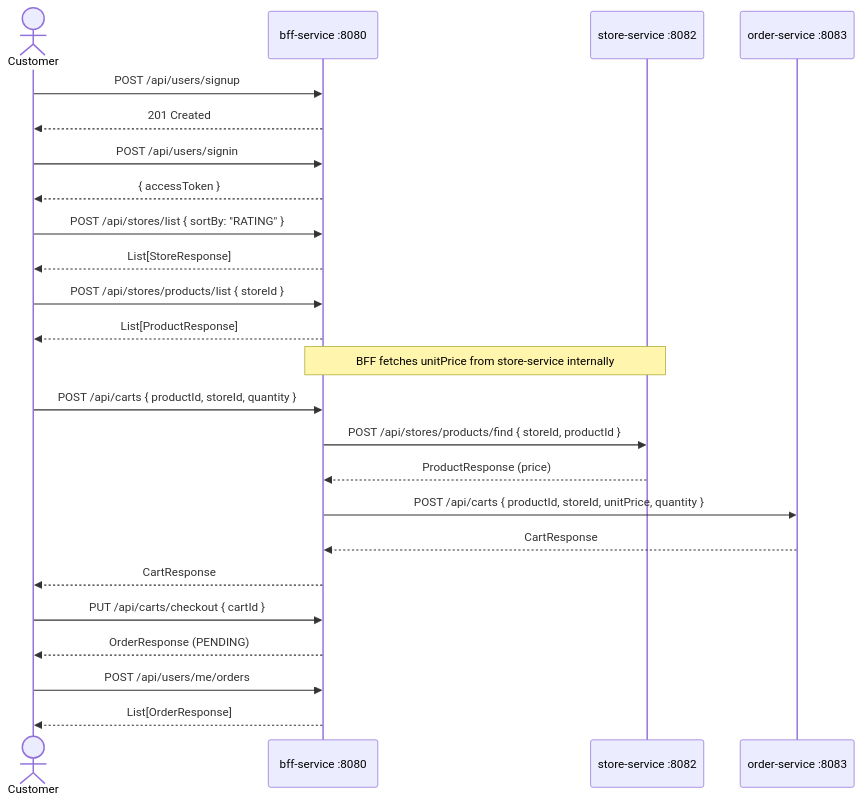
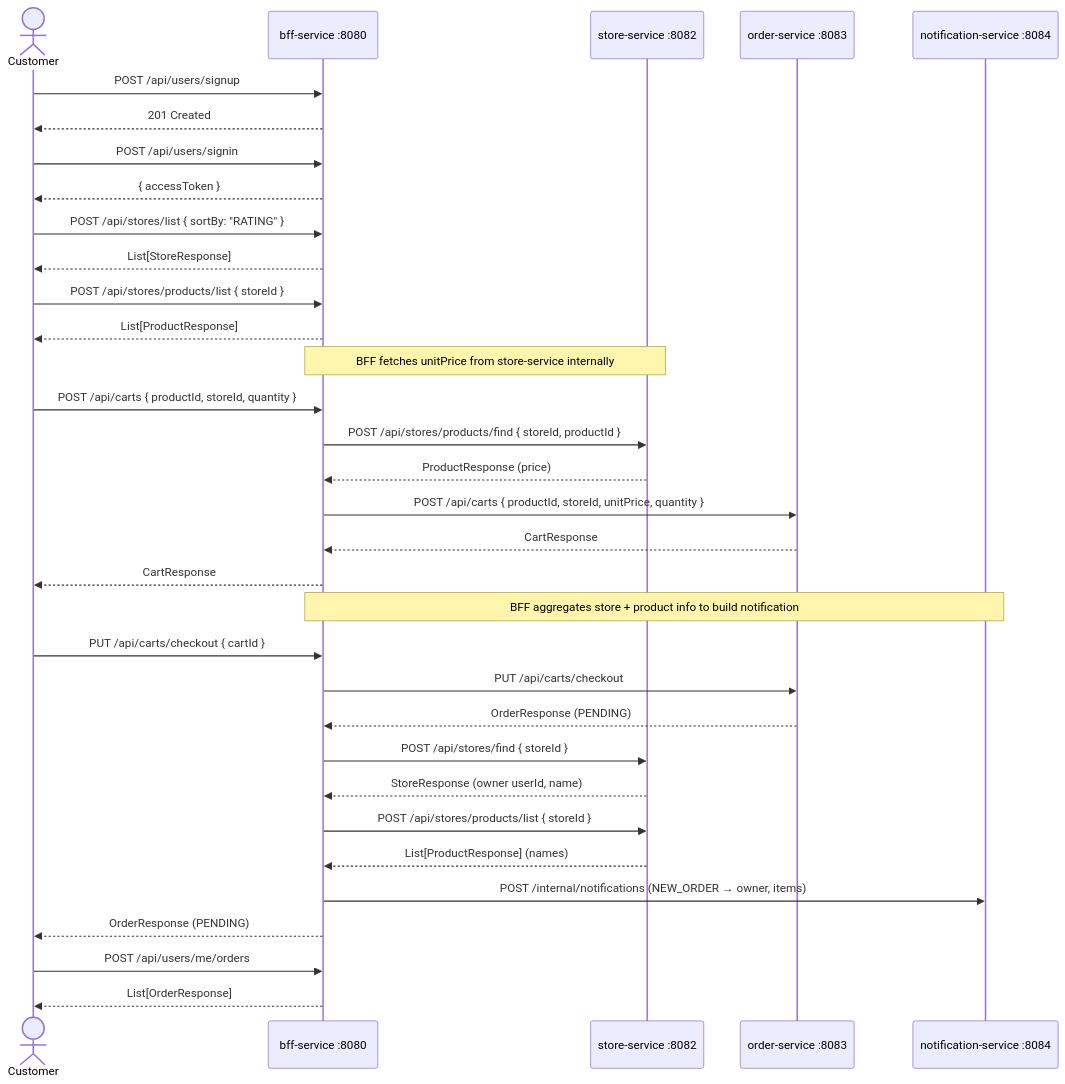
The second of 6 diagrams in README.md (proLmpa/Deliprac), drawn with Mermaid before and after one commit. The commit also changed other lines of this file and 7 other files, not shown here.

First line of the commit message:
Add item snapshots to ORDER_SOLD/ORDER_CANCELED notifications

````diff
--- a/README.md
+++ b/README.md
@@ -175,31 +175,40 @@
 ```mermaid
 sequenceDiagram
     actor Cu as Customer
     participant BFF as bff-service :8080
     participant SS as store-service :8082
     participant OS as order-service :8083
+    participant NS as notification-service :8084
 
     Cu->>BFF: POST /api/users/signup
     BFF-->>Cu: 201 Created
     Cu->>BFF: POST /api/users/signin
     BFF-->>Cu: { accessToken }
 
     Cu->>BFF: POST /api/stores/list { sortBy: "RATING" }
     BFF-->>Cu: List[StoreResponse]
     Cu->>BFF: POST /api/stores/products/list { storeId }
     BFF-->>Cu: List[ProductResponse]
 
     Note over BFF,SS: BFF fetches unitPrice from store-service internally
     Cu->>BFF: POST /api/carts { productId, storeId, quantity }
     BFF->>SS: POST /api/stores/products/find { storeId, productId }
     SS-->>BFF: ProductResponse (price)
     BFF->>OS: POST /api/carts { productId, storeId, unitPrice, quantity }
     OS-->>BFF: CartResponse
     BFF-->>Cu: CartResponse
 
+    Note over BFF,NS: BFF aggregates store + product info to build notification
     Cu->>BFF: PUT /api/carts/checkout { cartId }
+    BFF->>OS: PUT /api/carts/checkout
+    OS-->>BFF: OrderResponse (PENDING)
+    BFF->>SS: POST /api/stores/find { storeId }
+    SS-->>BFF: StoreResponse (owner userId, name)
+    BFF->>SS: POST /api/stores/products/list { storeId }
+    SS-->>BFF: List[ProductResponse] (names)
+    BFF->>NS: POST /internal/notifications (NEW_ORDER → owner, items)
     BFF-->>Cu: OrderResponse (PENDING)
 
     Cu->>BFF: POST /api/users/me/orders
     BFF-->>Cu: List[OrderResponse]
 ```
````
